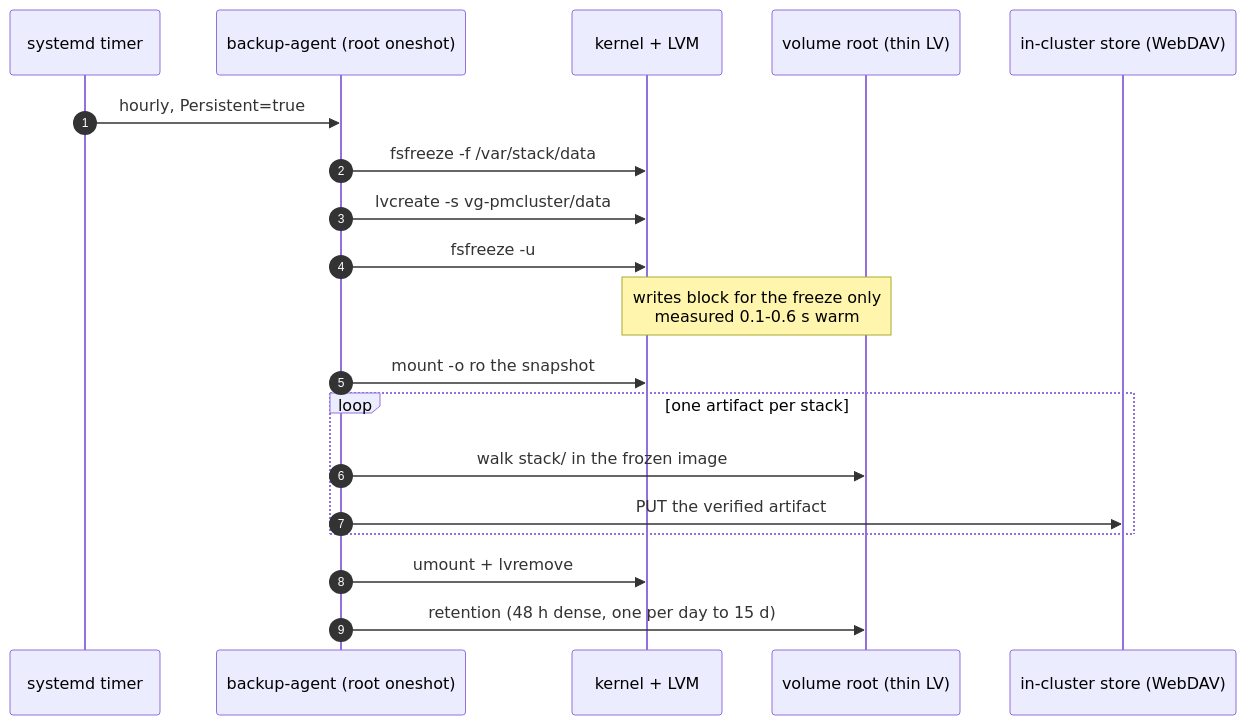
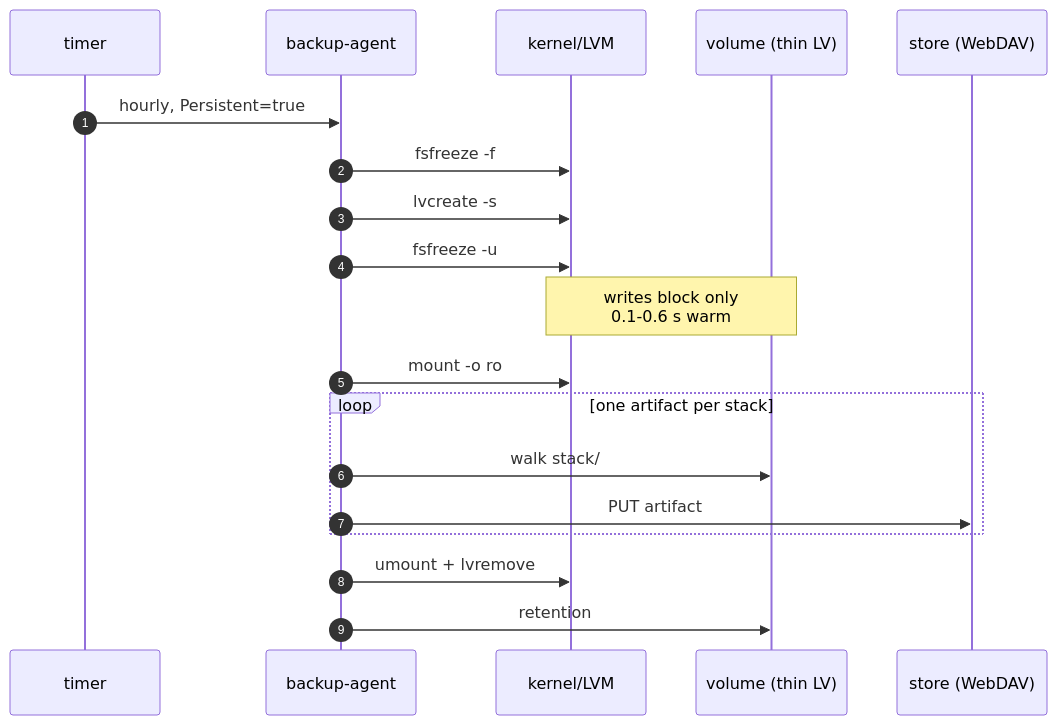
One commit to hazemarian/poor-man-cluster changed the third of 9 diagrams in docs/storage-and-databases.md. Above: the diagram before and after it, drawn with Mermaid. The commit also changed 1 other file, not shown here.

Commit message:
docs: keep the new diagrams inside GitHub's column
The diagram legibility check renders every block and fails when the natural width
forces a scale that shrinks labels past reading size. Shortening the participant
labels and the message text brought the backup sequence from 1184px to 1065px
(scale 0.78) and the whitepaper's replication diagram from 1320px to 1050px.

````diff
--- a/docs/storage-and-databases.md
+++ b/docs/storage-and-databases.md
@@ -227,21 +227,21 @@
 ```mermaid
 sequenceDiagram
  autonumber
- participant T as systemd timer
- participant A as backup-agent (root oneshot)
- participant K as kernel + LVM
- participant V as volume root (thin LV)
- participant S as in-cluster store (WebDAV)
+ participant T as timer
+ participant A as backup-agent
+ participant K as kernel/LVM
+ participant V as volume (thin LV)
+ participant S as store (WebDAV)
  T->>A: hourly, Persistent=true
- A->>K: fsfreeze -f /var/stack/data
- A->>K: lvcreate -s vg-pmcluster/data
+ A->>K: fsfreeze -f
+ A->>K: lvcreate -s
  A->>K: fsfreeze -u
- Note over K,V: writes block for the freeze only<br/>measured 0.1-0.6 s warm
- A->>K: mount -o ro the snapshot
+ Note over K,V: writes block only<br/>0.1-0.6 s warm
+ A->>K: mount -o ro
  loop one artifact per stack
-   A->>V: walk stack/ in the frozen image
-   A->>S: PUT the verified artifact
+   A->>V: walk stack/
+   A->>S: PUT artifact
  end
  A->>K: umount + lvremove
- A->>V: retention (48 h dense, one per day to 15 d)
+ A->>V: retention
 ```
````
